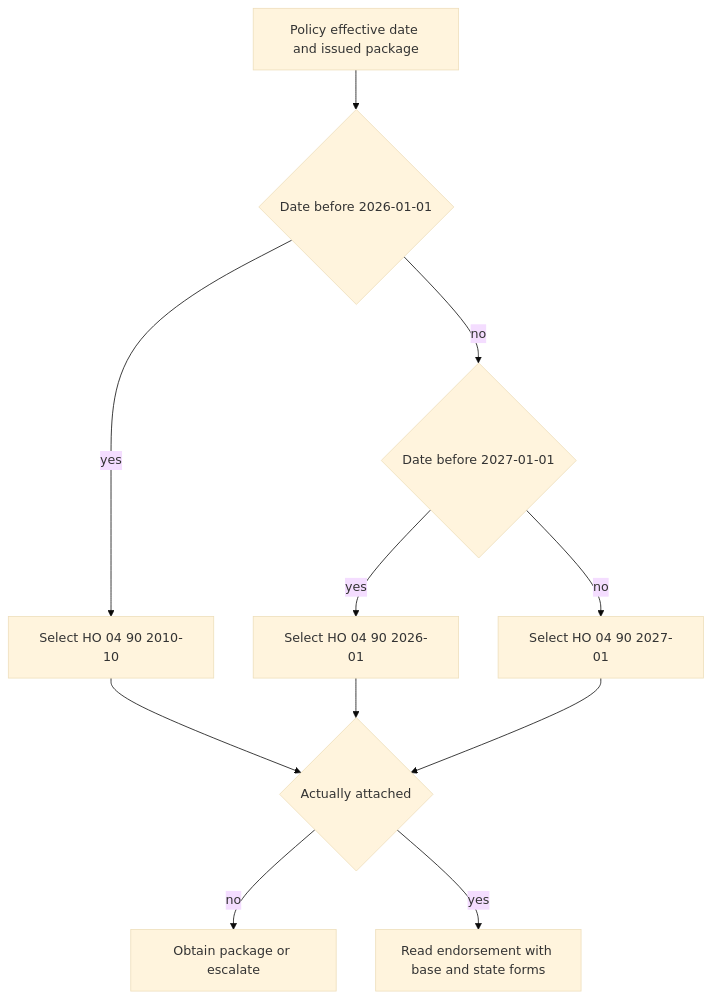
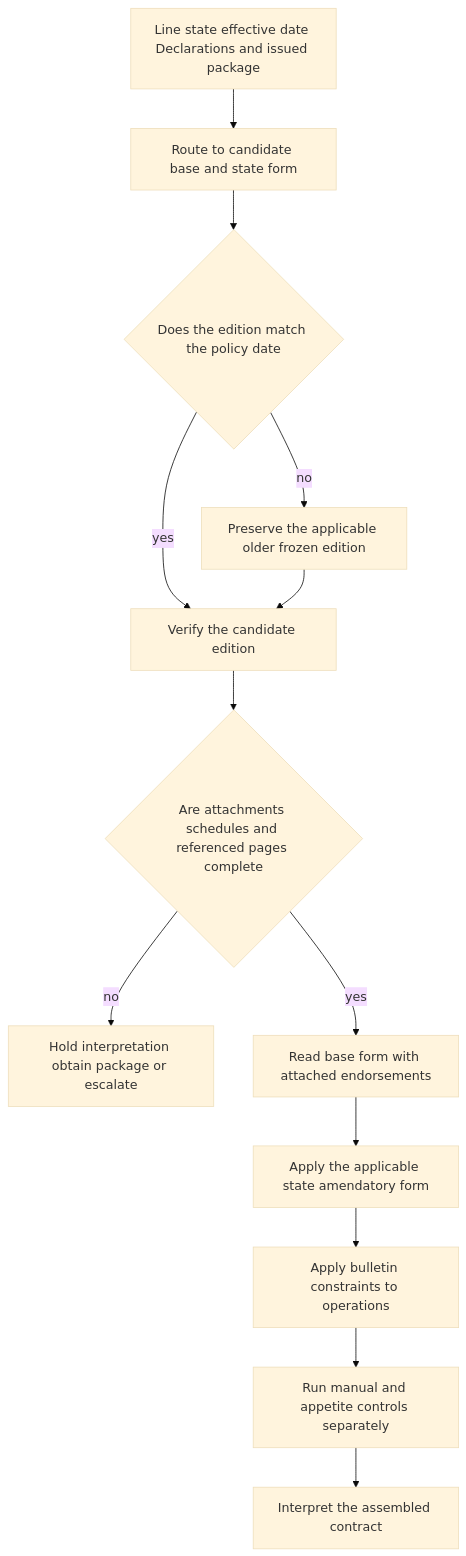
One commit to langchain-samples/openwiki-insurance-corpus changed the diagram in openwiki/policy-assembly/editions-and-state-attachments.md. Above: the diagram before and after it, drawn with Mermaid (base theme). The commit also changed other lines of this file and 71 other files, not shown here.

````diff
--- a/openwiki/policy-assembly/editions-and-state-attachments.md
+++ b/openwiki/policy-assembly/editions-and-state-attachments.md
@@ -55,13 +78,15 @@
 ```mermaid
 flowchart TD
-    A["Policy effective date and issued package"] --> B{"Date before 2026-01-01"}
-    B -->|"yes"| C["Select HO 04 90 2010-10"]
-    B -->|"no"| D{"Date before 2027-01-01"}
-    D -->|"yes"| E["Select HO 04 90 2026-01"]
-    D -->|"no"| F["Select HO 04 90 2027-01"]
-    C --> G{"Actually attached"}
-    E --> G
-    F --> G
-    G -->|"no"| H["Obtain package or escalate"]
-    G -->|"yes"| I["Read endorsement with base and state forms"]
+    A["Line state effective date Declarations and issued package"] --> B["Route to candidate base and state form"]
+    B --> C{"Does the edition match the policy date"}
+    C -->|"no"| D["Preserve the applicable older frozen edition"]
+    C -->|"yes"| E["Verify the candidate edition"]
+    D --> E
+    E --> F{"Are attachments schedules and referenced pages complete"}
+    F -->|"no"| G["Hold interpretation obtain package or escalate"]
+    F -->|"yes"| H["Read base form with attached endorsements"]
+    H --> I["Apply the applicable state amendatory form"]
+    I --> J["Apply bulletin constraints to operations"]
+    J --> K["Run manual and appetite controls separately"]
+    K --> L["Interpret the assembled contract"]
 ```
````
